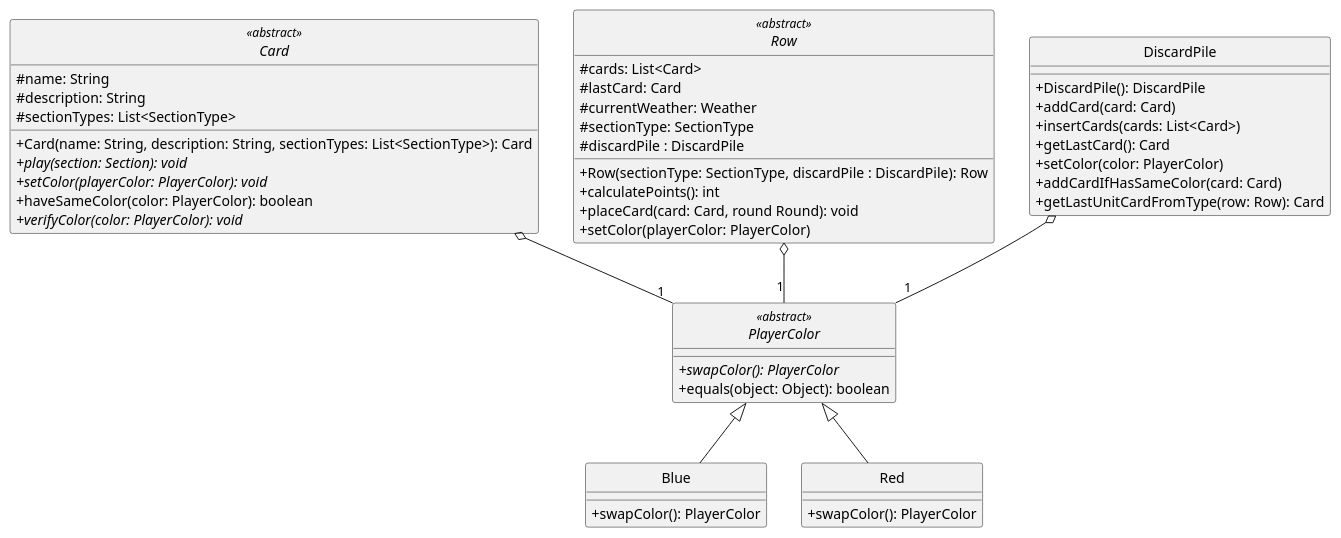
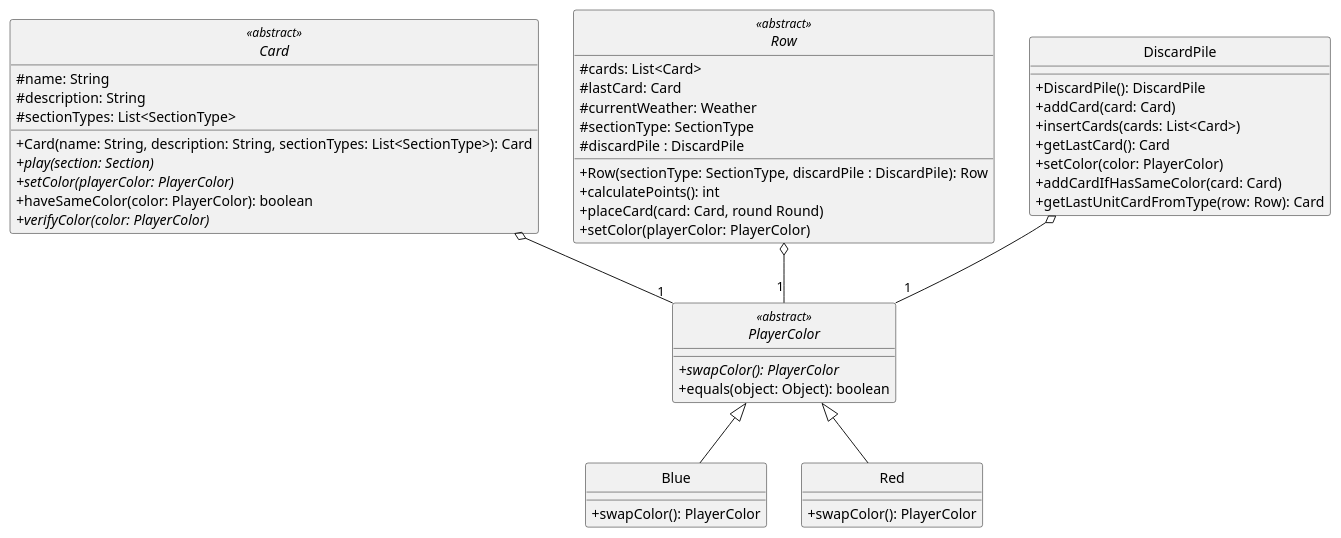
The diagram in diagrams/classes/colors.plantuml (Yonhir/algo3_proyecto_base_tp2), drawn with PlantUML before and after one commit. The commit also changed 1 other file, not shown here.

Commit message:
saco los :void

```diff
--- a/diagrams/classes/colors.plantuml
+++ b/diagrams/classes/colors.plantuml
@@ -1,60 +1,60 @@
 @startuml
 
 skinparam monochrome true
 hide circle
 skinparam classAttributeIconSize 0
 
 abstract class Card <<abstract>> {
   #name: String
   #description: String
   #sectionTypes: List<SectionType>
   +Card(name: String, description: String, sectionTypes: List<SectionType>): Card
-  +{abstract}play(section: Section): void
-  +{abstract}setColor(playerColor: PlayerColor): void
+  +{abstract}play(section: Section)
+  +{abstract}setColor(playerColor: PlayerColor)
   +haveSameColor(color: PlayerColor): boolean
-  +{abstract}verifyColor(color: PlayerColor): void
+  +{abstract}verifyColor(color: PlayerColor)
 }
 
 abstract class Row <<abstract>> {
   #cards: List<Card>
   #lastCard: Card
   #currentWeather: Weather
   #sectionType: SectionType
   #discardPile : DiscardPile
   +Row(sectionType: SectionType, discardPile : DiscardPile): Row
   +calculatePoints(): int
-  +placeCard(card: Card, round Round): void
+  +placeCard(card: Card, round Round)
   +setColor(playerColor: PlayerColor)
 }
 
 class DiscardPile {
   +DiscardPile(): DiscardPile
   +addCard(card: Card)
   +insertCards(cards: List<Card>)
   +getLastCard(): Card
   +setColor(color: PlayerColor)
   +addCardIfHasSameColor(card: Card)
   +getLastUnitCardFromType(row: Row): Card
 }
 
 abstract class PlayerColor <<abstract>> {
   +{abstract}swapColor(): PlayerColor
   +equals(object: Object): boolean
 }
 
 class Blue {
   +swapColor(): PlayerColor
 }
 
 class Red {
   +swapColor(): PlayerColor
 }
 
 Card o-- "1" PlayerColor
 Row  o-- "1" PlayerColor
 DiscardPile o-- "1" PlayerColor
 
 PlayerColor <|-- Blue
 PlayerColor <|-- Red
 
 @enduml
```
